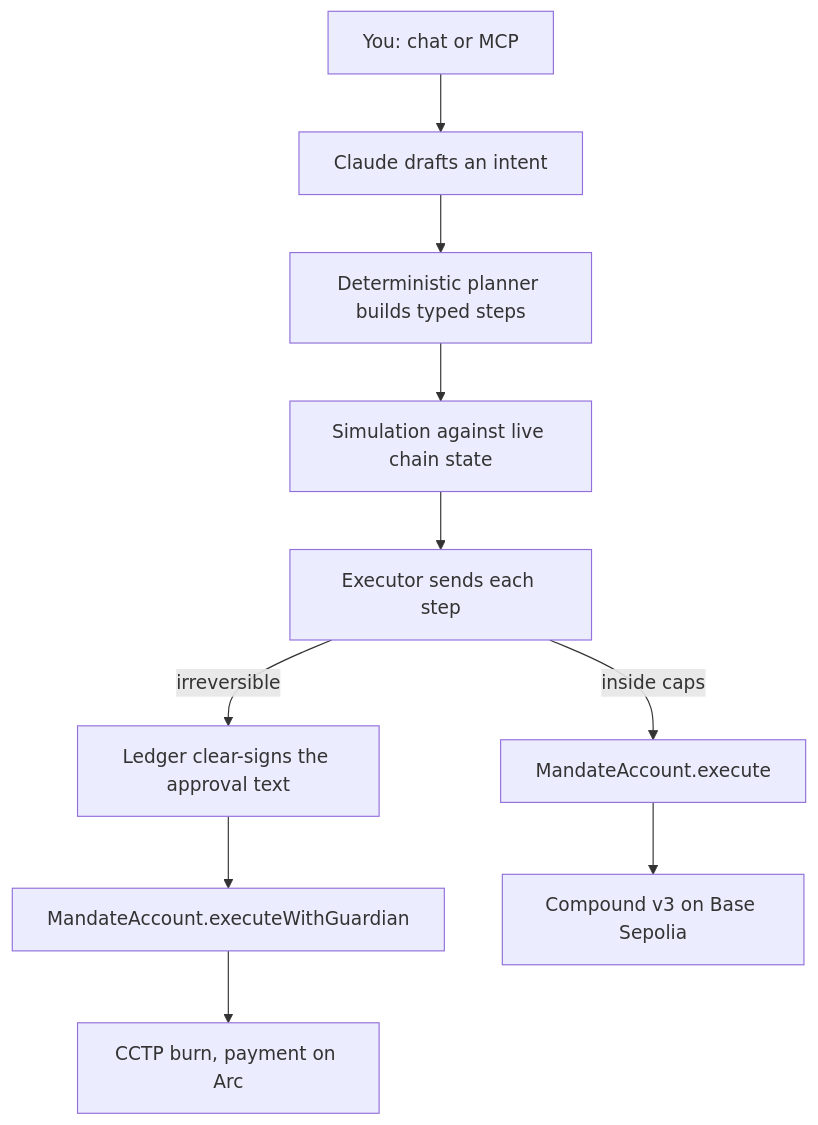
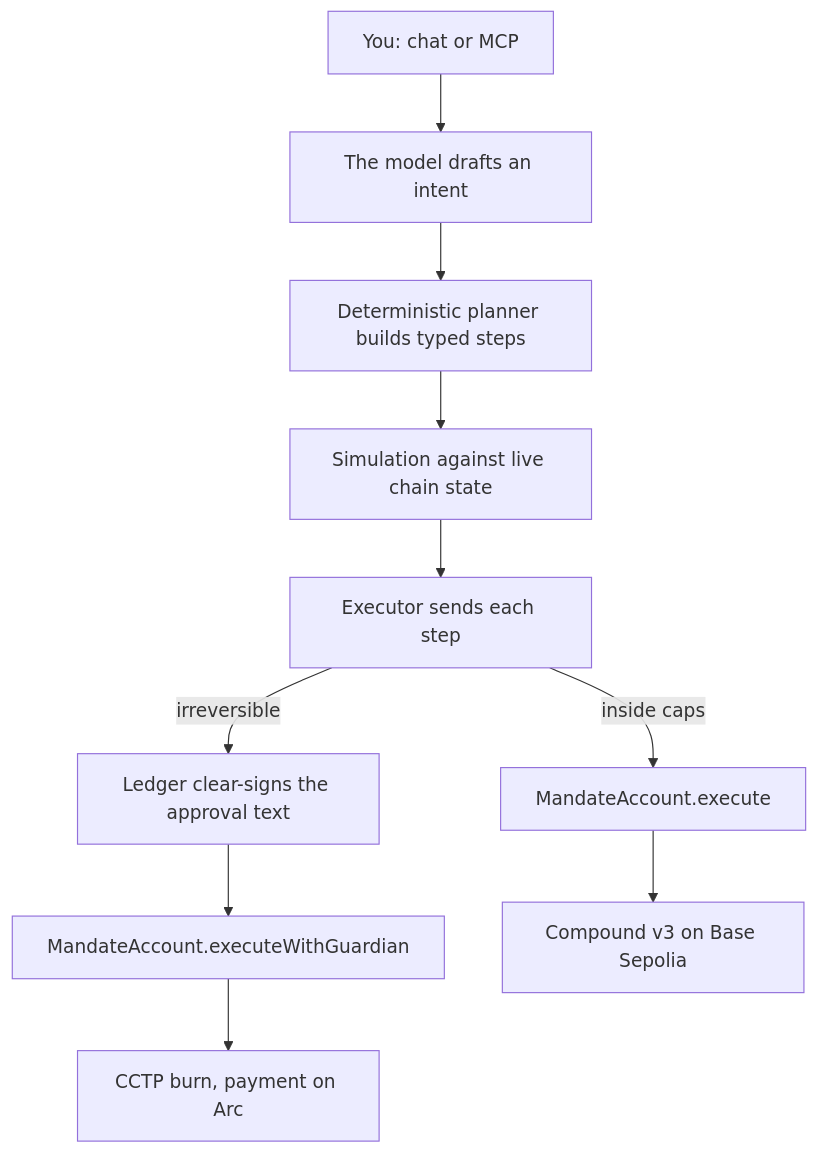
Before and after one commit to yashj09/mandate: the diagram in apps/docs/content/docs/index.mdx, drawn with Mermaid. The commit also changed other lines of this file and 22 other files, not shown here.

````diff
--- a/apps/docs/content/docs/index.mdx
+++ b/apps/docs/content/docs/index.mdx
@@ -17,12 +17,12 @@
 ```mermaid
 flowchart TB
-  U[You: chat or MCP] --> A[Claude drafts an intent]
+  U[You: chat or MCP] --> A[The model drafts an intent]
   A --> P[Deterministic planner builds typed steps]
   P --> S[Simulation against live chain state]
   S --> X[Executor sends each step]
   X -->|inside caps| MA[MandateAccount.execute]
   X -->|irreversible| L[Ledger clear-signs the approval text]
   L --> MG[MandateAccount.executeWithGuardian]
   MA --> C[Compound v3 on Base Sepolia]
   MG --> B[CCTP burn, payment on Arc]
 ```
````
